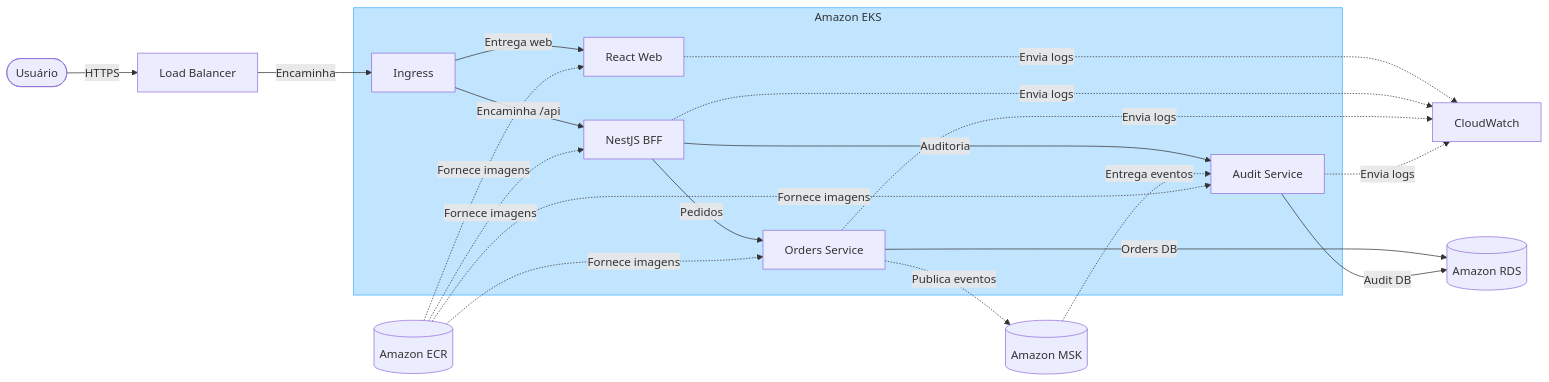
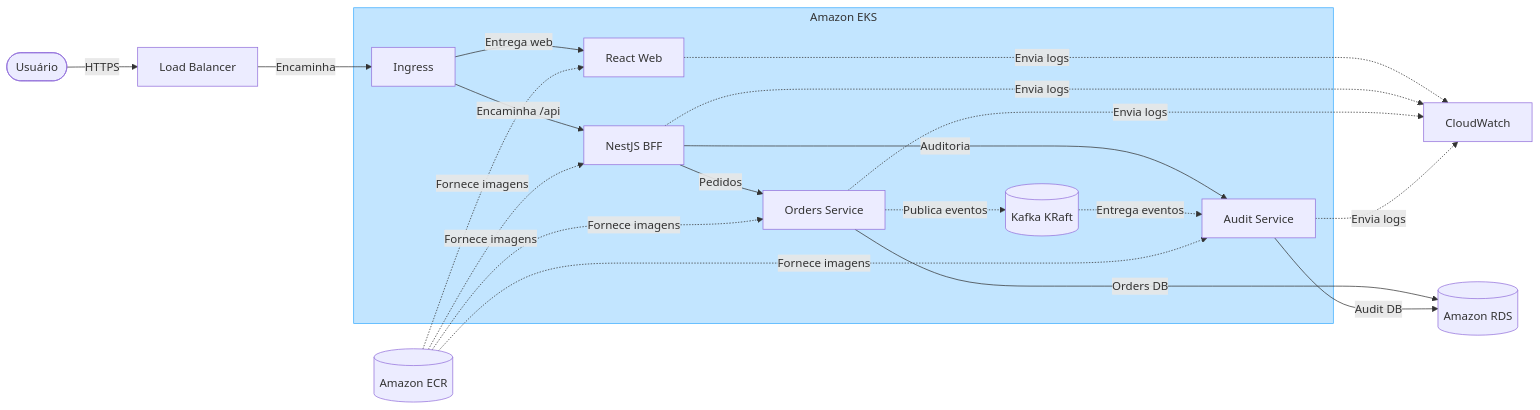
One commit to WilliamRochaJR/operations-hub changed the second of 2 diagrams in docs/INFRASTRUCTURE.md. Above: the diagram before and after it, drawn with Mermaid. The commit also changed other lines of this file and 23 other files, not shown here.

````diff
--- a/docs/INFRASTRUCTURE.md
+++ b/docs/INFRASTRUCTURE.md
@@ -106,39 +106,39 @@
 ```mermaid
 flowchart LR
     user([Usuário])
     loadBalancer[Load Balancer]
 
     subgraph eks ["Amazon EKS"]
         ingress[Ingress]
         web[React Web]
         bff[NestJS BFF]
         orders[Orders Service]
         audit[Audit Service]
+        kafka[(Kafka KRaft)]
     end
 
     rds[(Amazon RDS)]
     ecr[(Amazon ECR)]
     cloudwatch[CloudWatch]
-    msk[(Amazon MSK)]
 
     user -->|"HTTPS"| loadBalancer
     loadBalancer -->|"Encaminha"| ingress
     ingress -->|"Entrega web"| web
     ingress -->|"Encaminha /api"| bff
     bff -->|"Pedidos"| orders
     bff -->|"Auditoria"| audit
     orders -->|"Orders DB"| rds
     audit -->|"Audit DB"| rds
-    orders -.->|"Publica eventos"| msk
-    msk -.->|"Entrega eventos"| audit
+    orders -.->|"Publica eventos"| kafka
+    kafka -.->|"Entrega eventos"| audit
     ecr -.->|"Fornece imagens"| web
     ecr -.->|"Fornece imagens"| bff
     ecr -.->|"Fornece imagens"| orders
     ecr -.->|"Fornece imagens"| audit
     web -.->|"Envia logs"| cloudwatch
     bff -.->|"Envia logs"| cloudwatch
     orders -.->|"Envia logs"| cloudwatch
     audit -.->|"Envia logs"| cloudwatch
 
     style eks fill:#C2E5FF,stroke:#3DADFF
 ```
````
